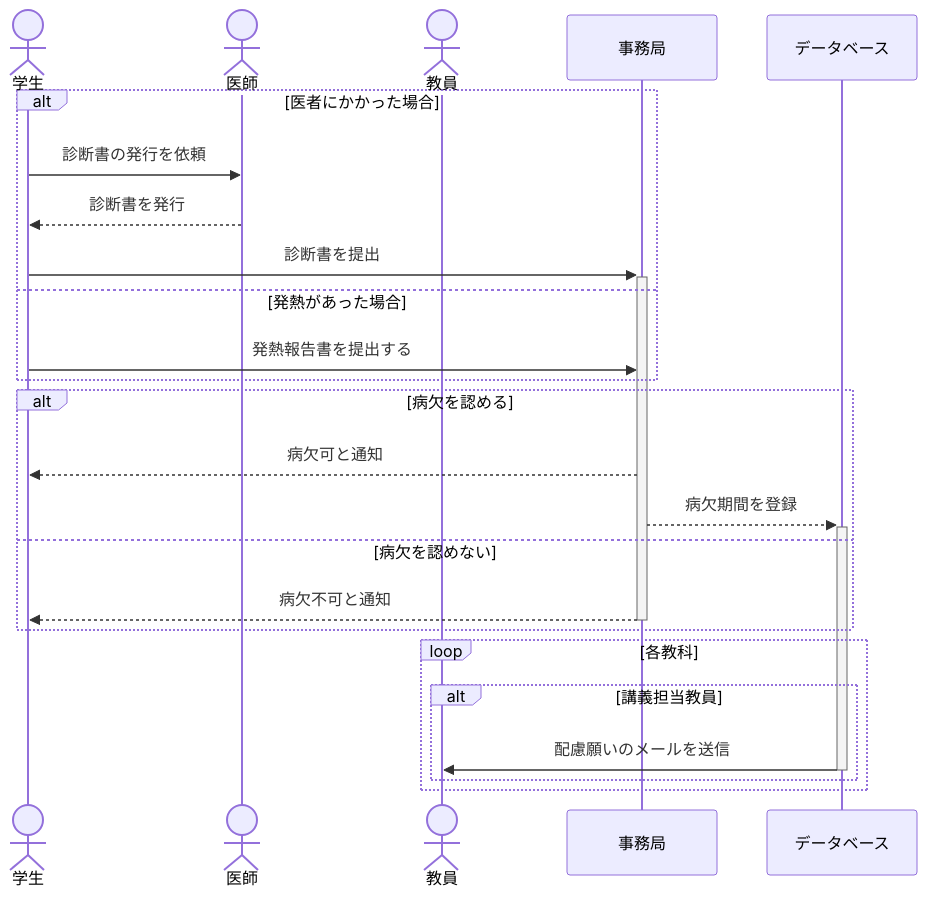
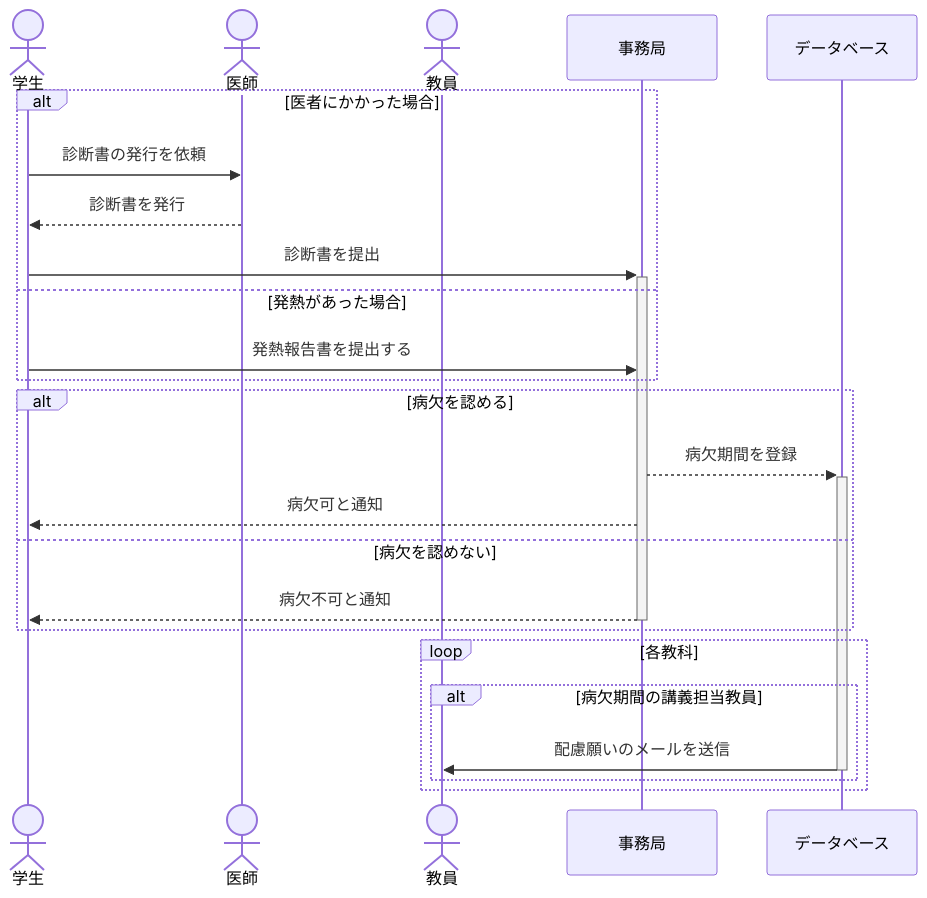
One commit to rrr-bit00/kougi changed the diagram in zugagijutu/第7回/kadai.md. Above: the diagram before and after it, drawn with Mermaid.

````diff
--- a/zugagijutu/第7回/kadai.md
+++ b/zugagijutu/第7回/kadai.md
@@ -1,31 +1,31 @@
 ```mermaid
 
 sequenceDiagram
 actor s as 学生
 actor r as 医師
 actor a as 教員
 participant z as 事務局
 participant db as データベース
 
 alt 医者にかかった場合
     s ->> r: 診断書の発行を依頼
     r -->> s: 診断書を発行
     s ->>+ z: 診断書を提出
 else 発熱があった場合
     s ->> z: 発熱報告書を提出する
 end
 
 alt 病欠を認める
+    z -->>+ db: 病欠期間を登録
     z -->> s: 病欠可と通知
-    z -->>+ db: 病欠期間を登録
 else 病欠を認めない
     z -->>- s: 病欠不可と通知
 end
 
 loop 各教科
-alt 講義担当教員
+alt 病欠期間の講義担当教員
     db ->>- a: 配慮願いのメールを送信
 end
 
 end
 ```
````
